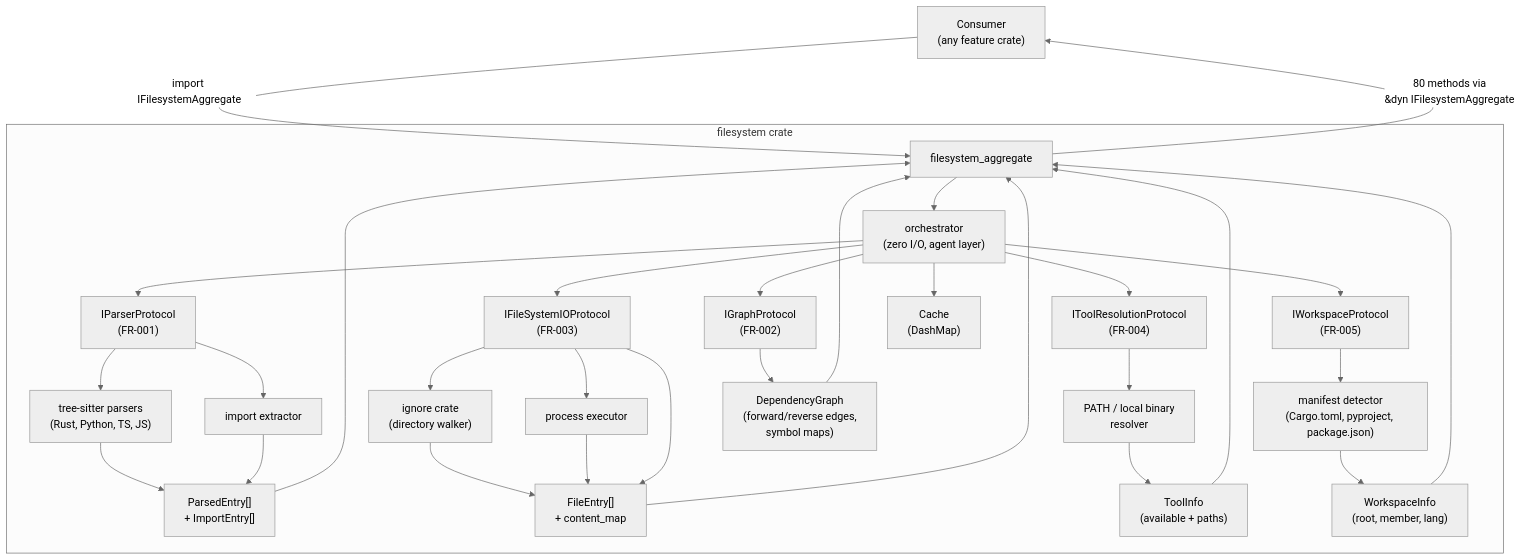
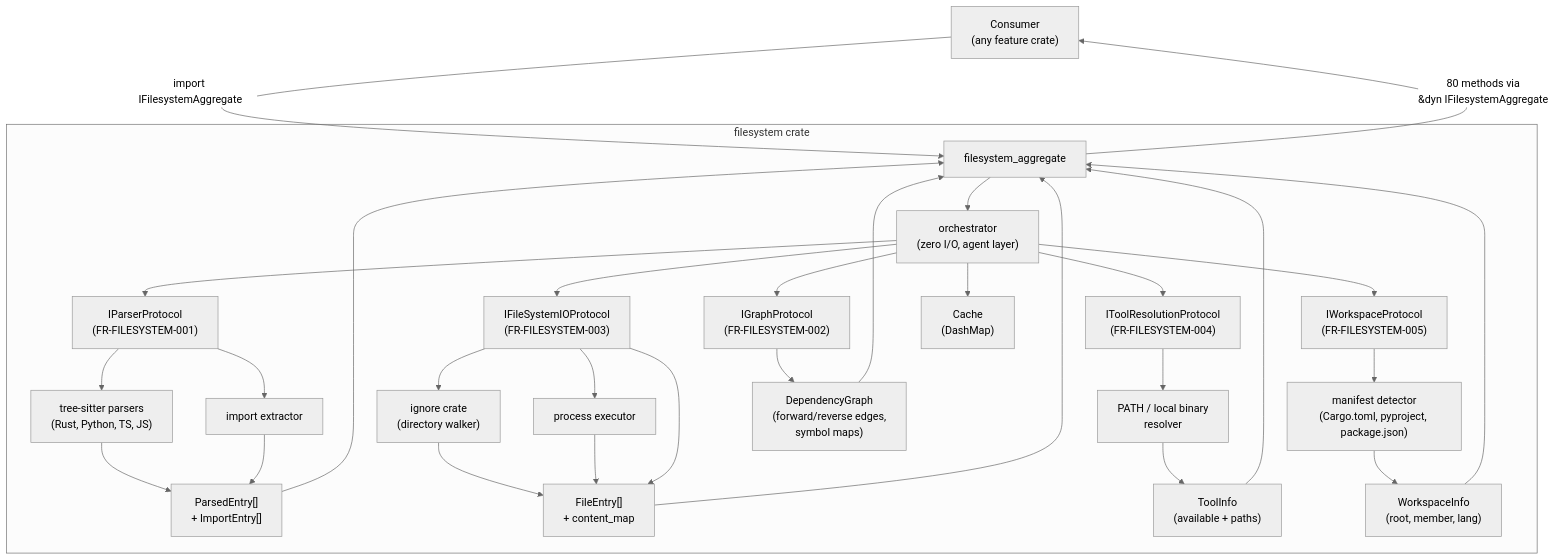
One commit to rakaarwaky/lint-arwaky changed the diagram in crates/filesystem/FRD.md. Above: the diagram before and after it, drawn with Mermaid (neutral theme). The commit also changed other lines of this file and 45 other files, not shown here.

````diff
--- a/crates/filesystem/FRD.md
+++ b/crates/filesystem/FRD.md
@@ -11,38 +17,37 @@
 ```mermaid
 flowchart TD
     A["Consumer\n(any feature crate)"] -->|"import IFilesystemAggregate"| D["filesystem_aggregate"]
 
     subgraph FS ["filesystem crate"]
         D --> O["orchestrator\n(zero I/O, agent layer)"]
-        O --> P1["IParserProtocol\n(FR-001)"]
-        O --> P2["IGraphProtocol\n(FR-002)"]
-        O --> P3["IFileSystemIOProtocol\n(FR-003)"]
-        O --> P4["IToolResolutionProtocol\n(FR-004)"]
-        O --> P5["IWorkspaceProtocol\n(FR-005)"]
+        O --> P1["IParserProtocol\n(FR-FILESYSTEM-001)"]
+        O --> P2["IGraphProtocol\n(FR-FILESYSTEM-002)"]
+        O --> P3["IFileSystemIOProtocol\n(FR-FILESYSTEM-003)"]
+        O --> P4["IToolResolutionProtocol\n(FR-FILESYSTEM-004)"]
+        O --> P5["IWorkspaceProtocol\n(FR-FILESYSTEM-005)"]
         O --> C["Cache\n(DashMap)"]
 
         P1 --> T1["tree-sitter parsers\n(Rust, Python, TS, JS)"]
         P1 --> T2["import extractor"]
         P3 --> T3["ignore crate\n(directory walker)"]
         P3 --> T4["process executor"]
         P4 --> T5["PATH / local binary\nresolver"]
         P5 --> T6["manifest detector\n(Cargo.toml, pyproject, package.json)"]
 
         T1 --> R1["ParsedEntry[]\n+ ImportEntry[]"]
         T2 --> R1
         P2 --> R2["DependencyGraph\n(forward/reverse edges,\nsymbol maps)"]
         T3 --> R3["FileEntry[]\n+ content_map"]
         T4 --> R3
         P3 --> R3
         T5 --> R4["ToolInfo\n(available + paths)"]
         T6 --> R5["WorkspaceInfo\n(root, member, lang)"]
     end
 
     R1 --> D
     R2 --> D
     R3 --> D
     R4 --> D
     R5 --> D
     D -->|"80 methods via\n&dyn IFilesystemAggregate"| A
-
 ```
````
